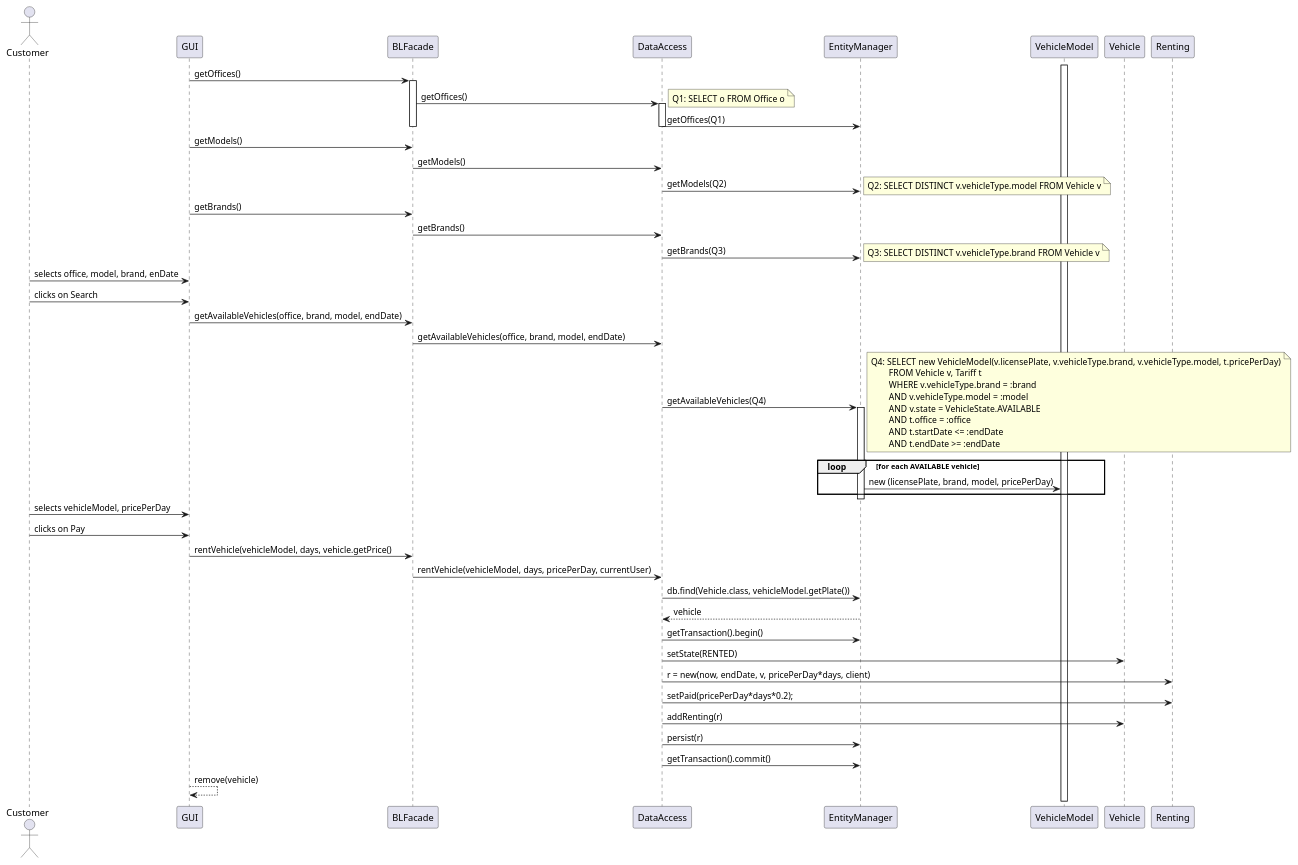
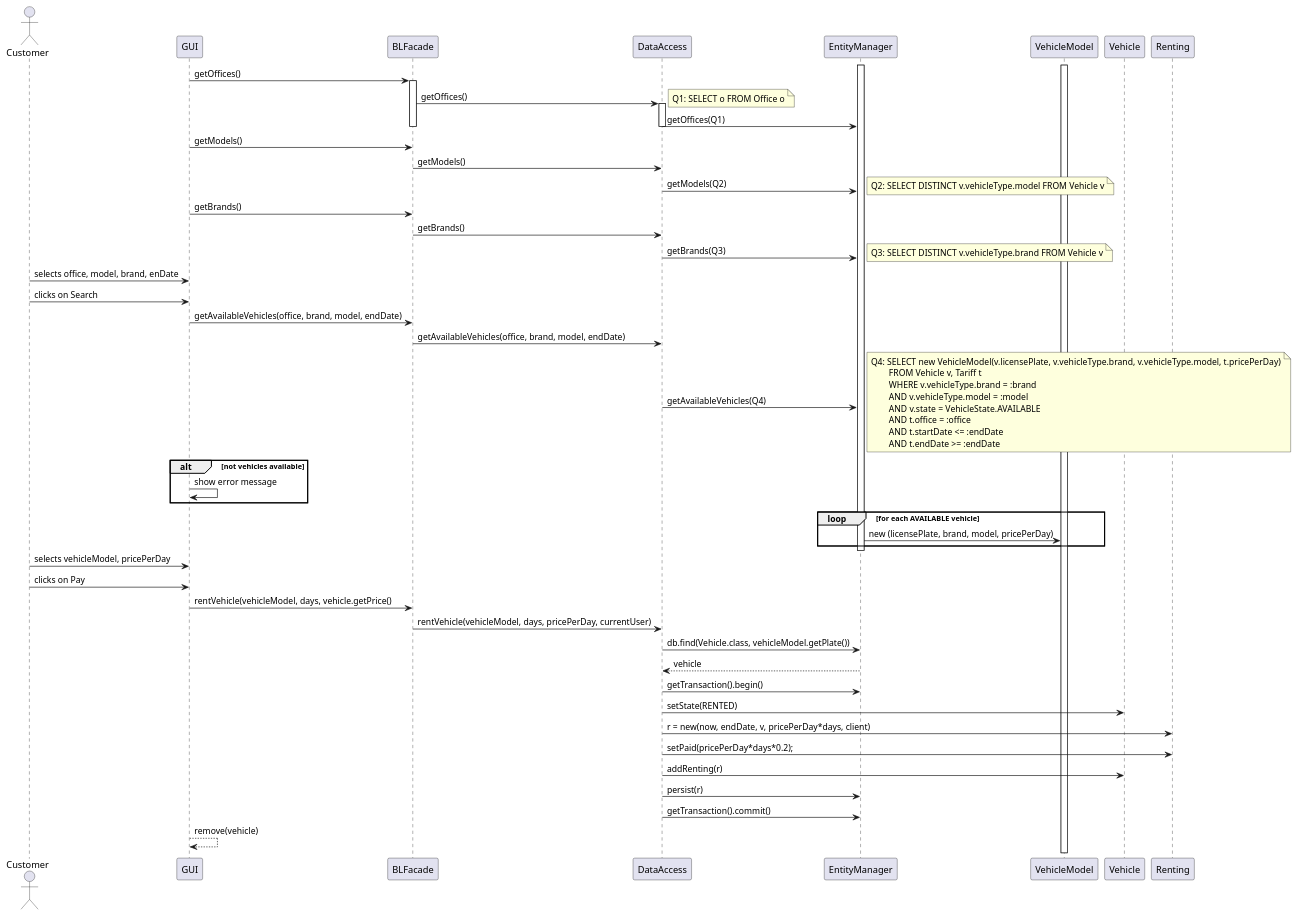
The diagram in doc/rentvehicle.plantuml (juananpe/karkrash), drawn with PlantUML before and after one commit.

Commit message:
Final version

```diff
--- a/doc/rentvehicle.plantuml
+++ b/doc/rentvehicle.plantuml
@@ -1,81 +1,97 @@
 @startuml
 
 actor Customer as "Customer"
 participant GUI
 participant "BLFacade" as BLFacade
 participant "DataAccess" as DataAccess
 participant "EntityManager" as EntityManager
 participant "VehicleModel" as VehicleModel
 
 GUI -> BLFacade : getOffices()
 activate BLFacade
 BLFacade -> DataAccess : getOffices()
   note right
     Q1: SELECT o FROM Office o
   end note
 activate DataAccess
 DataAccess -> EntityManager : getOffices(Q1)
 deactivate DataAccess
 deactivate BLFacade
 
 
 GUI -> BLFacade : getModels()
 BLFacade -> DataAccess : getModels()
 DataAccess -> EntityManager : getModels(Q2)
   note right
     Q2: SELECT DISTINCT v.vehicleType.model FROM Vehicle v
   end note
 
 
 GUI -> BLFacade : getBrands()
 BLFacade -> DataAccess : getBrands()
 DataAccess -> EntityManager : getBrands(Q3)
   note right
     Q3: SELECT DISTINCT v.vehicleType.brand FROM Vehicle v
   end note
 
 Customer -> GUI : selects office, model, brand, enDate
 Customer -> GUI: clicks on Search
 GUI -> BLFacade : getAvailableVehicles(office, brand, model, endDate)
 BLFacade -> DataAccess : getAvailableVehicles(office, brand, model, endDate)
-DataAccess -> EntityManager : getAvailableVehicles(Q4)
+
+'alt brand and model not empty
+
+    DataAccess -> EntityManager : getAvailableVehicles(Q4)
+
+'else
+
+ '   DataAccess -> EntityManager : getAvailableVehicles(Q5)
+'end
+
 note right
     Q4: SELECT new VehicleModel(v.licensePlate, v.vehicleType.brand, v.vehicleType.model, t.pricePerDay)
             FROM Vehicle v, Tariff t
             WHERE v.vehicleType.brand = :brand
             AND v.vehicleType.model = :model
             AND v.state = VehicleState.AVAILABLE
             AND t.office = :office
             AND t.startDate <= :endDate
             AND t.endDate >= :endDate
 end note
+
+
+alt not vehicles available
+ GUI -> GUI: show error message
+
+end
+
 activate EntityManager
 loop for each AVAILABLE vehicle
 EntityManager -> VehicleModel: new (licensePlate, brand, model, pricePerDay)
 end loop
 activate VehicleModel
 deactivate EntityManager
 
 Customer -> GUI: selects vehicleModel, pricePerDay
 Customer -> GUI: clicks on Pay
 GUI -> BLFacade: rentVehicle(vehicleModel, days, vehicle.getPrice()
 BLFacade -> DataAccess: rentVehicle(vehicleModel, days, pricePerDay, currentUser)
 DataAccess -> EntityManager: db.find(Vehicle.class, vehicleModel.getPlate())
 EntityManager --> DataAccess: vehicle
 
 DataAccess -> EntityManager: getTransaction().begin()
 DataAccess -> Vehicle: setState(RENTED)
 DataAccess -> Renting: r = new(now, endDate, v, pricePerDay*days, client)
 DataAccess -> Renting: setPaid(pricePerDay*days*0.2);
 DataAccess -> Vehicle: addRenting(r)
 
 
 DataAccess -> EntityManager: persist(r)
 ' DataAccess -> EntityManager: persist(v)  (Not Needed)
 DataAccess -> EntityManager: getTransaction().commit()
 
 
 
 GUI --> GUI: remove(vehicle)
 
 @enduml
```
